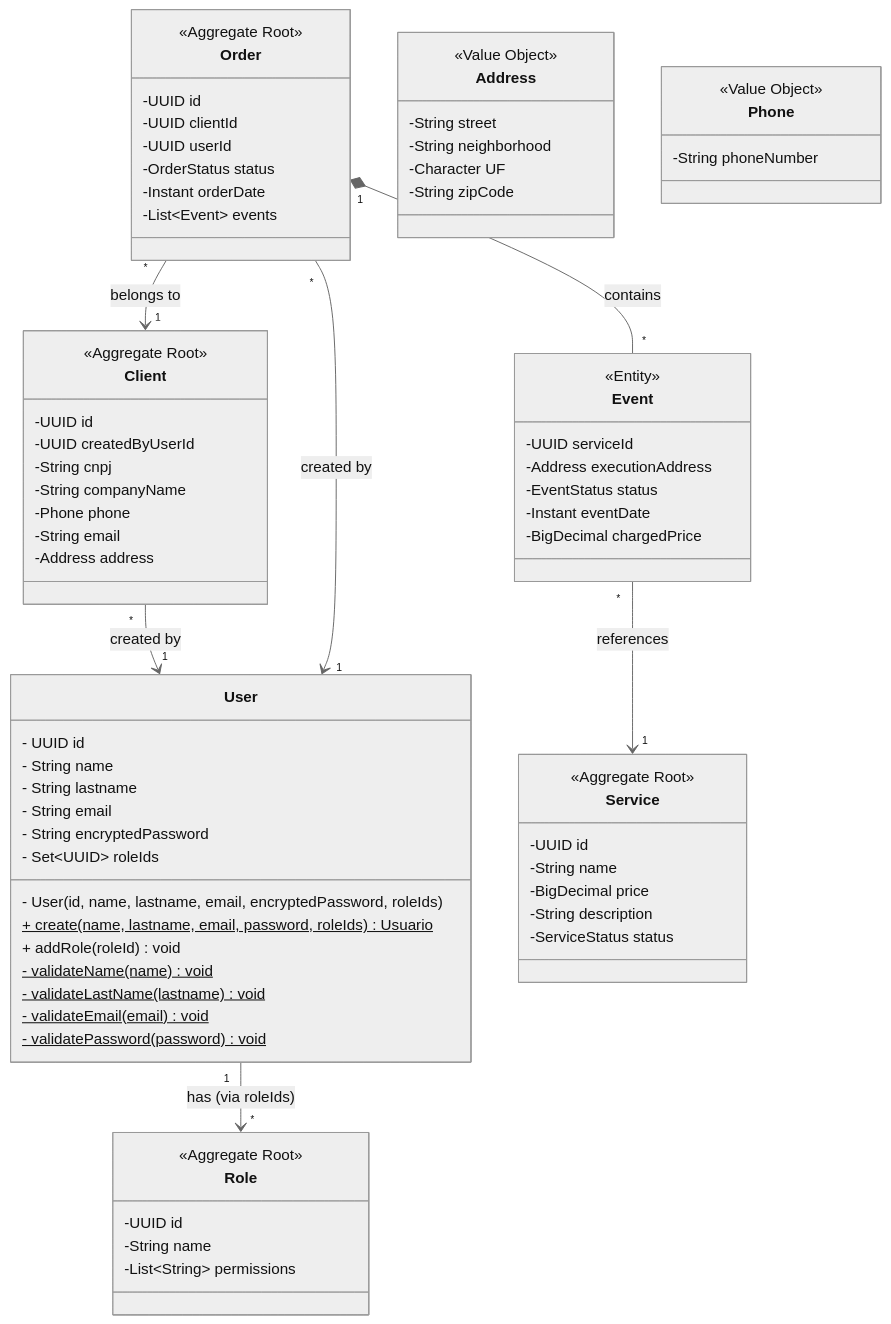
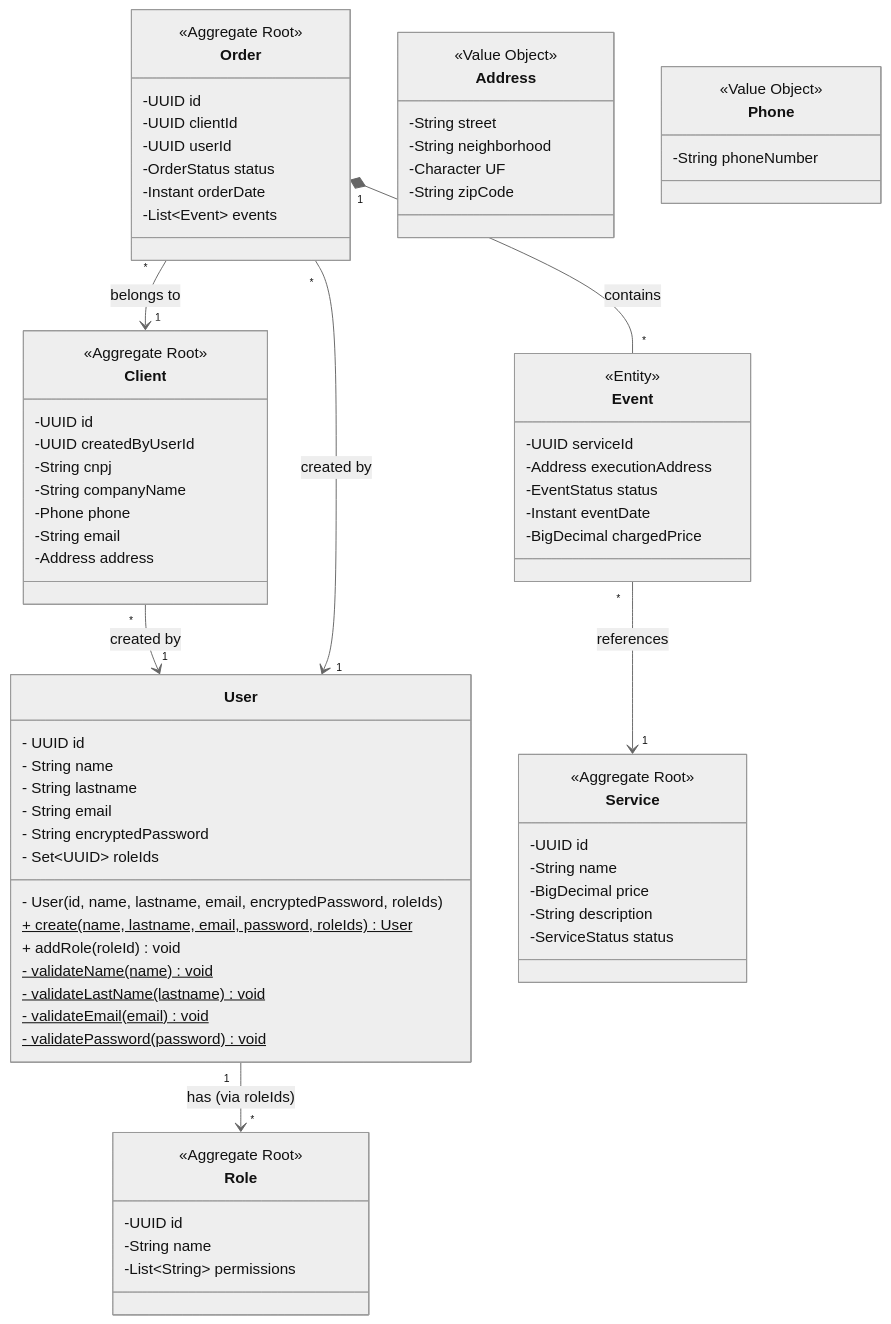
The diagram in README.md (GibsonCS/speed), drawn with Mermaid (neutral theme) before and after one commit.

Commit message:
Fix typo in User creation function name

```diff
--- a/README.md
+++ b/README.md
@@ -11,7 +11,7 @@
         - String encryptedPassword
         - Set~UUID~ roleIds
         - User(id, name, lastname, email, encryptedPassword, roleIds)
-        + create(name, lastname, email, password, roleIds) Usuario$
+        + create(name, lastname, email, password, roleIds) User$
         + addRole(roleId) void
         - validateName(name) void$
         - validateLastName(lastname) void$
```
